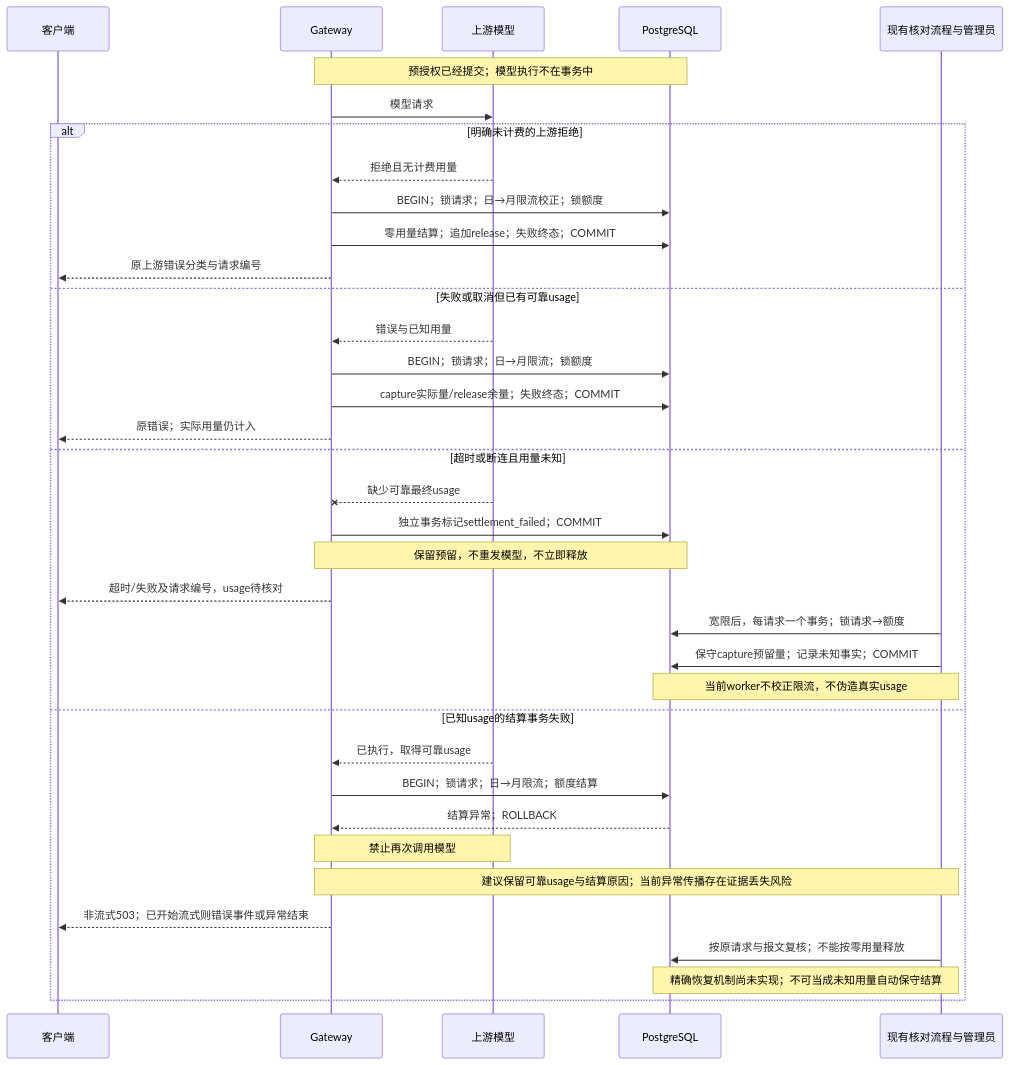
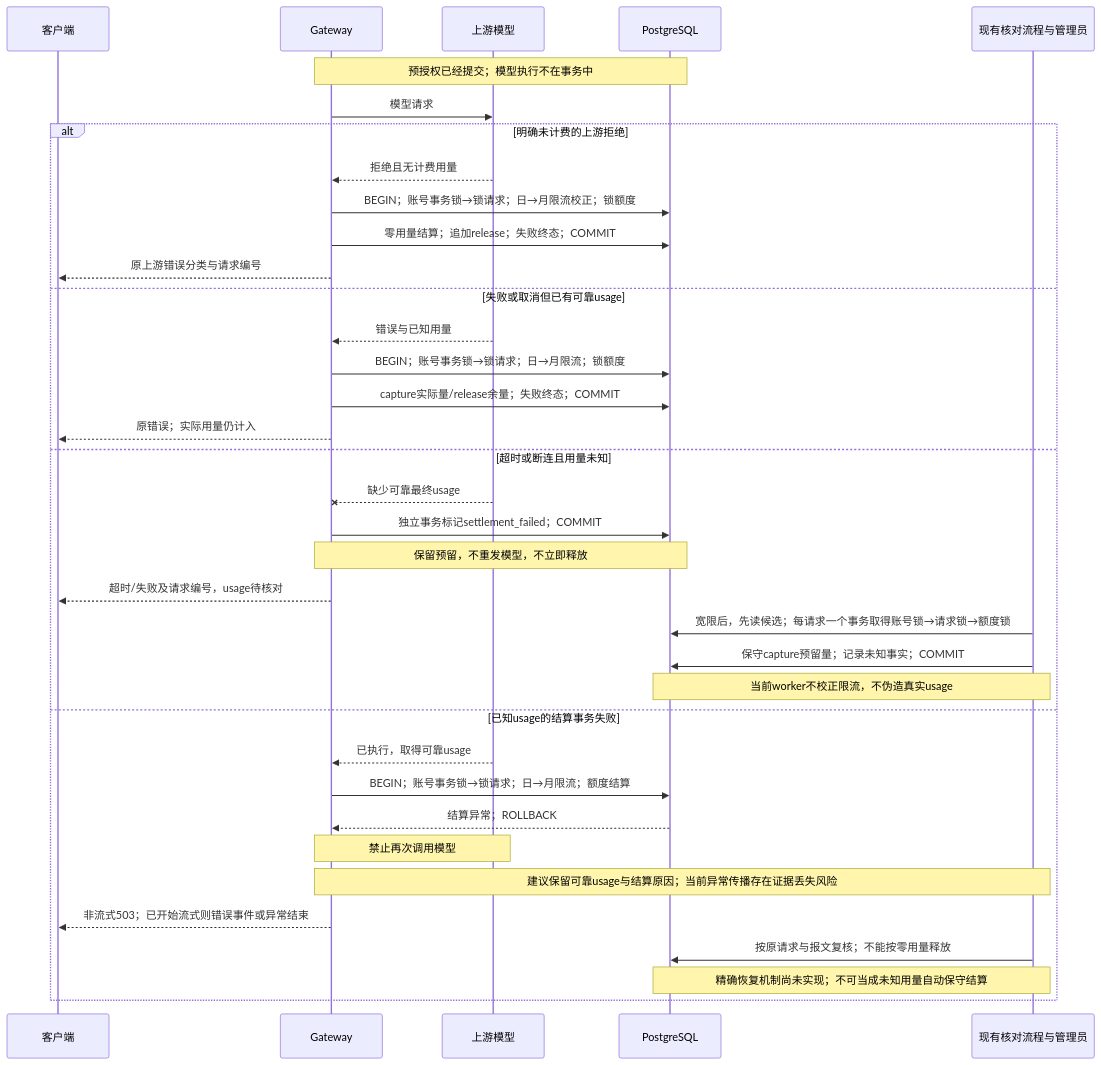
One commit to glide-the/dream-im-platform changed the third of 4 diagrams in docs/architecture/gateway-deadlock-analysis-and-design.md. Above: the diagram before and after it, drawn with Mermaid. The commit also changed other lines of this file and 15 other files, not shown here.

````diff
--- a/docs/architecture/gateway-deadlock-analysis-and-design.md
+++ b/docs/architecture/gateway-deadlock-analysis-and-design.md
@@ -263,38 +262,38 @@
 ```mermaid
 sequenceDiagram
     participant C as 客户端
     participant G as Gateway
     participant P as 上游模型
     participant DB as PostgreSQL
     participant O as 现有核对流程与管理员
     Note over G,DB: 预授权已经提交；模型执行不在事务中
     G->>P: 模型请求
     alt 明确未计费的上游拒绝
         P-->>G: 拒绝且无计费用量
-        G->>DB: BEGIN；锁请求；日→月限流校正；锁额度
+        G->>DB: BEGIN；账号事务锁→锁请求；日→月限流校正；锁额度
         G->>DB: 零用量结算；追加release；失败终态；COMMIT
         G-->>C: 原上游错误分类与请求编号
     else 失败或取消但已有可靠usage
         P-->>G: 错误与已知用量
-        G->>DB: BEGIN；锁请求；日→月限流；锁额度
+        G->>DB: BEGIN；账号事务锁→锁请求；日→月限流；锁额度
         G->>DB: capture实际量/release余量；失败终态；COMMIT
         G-->>C: 原错误；实际用量仍计入
     else 超时或断连且用量未知
         P--xG: 缺少可靠最终usage
         G->>DB: 独立事务标记settlement_failed；COMMIT
         Note over G,DB: 保留预留，不重发模型，不立即释放
         G-->>C: 超时/失败及请求编号，usage待核对
-        O->>DB: 宽限后，每请求一个事务；锁请求→额度
+        O->>DB: 宽限后，先读候选；每请求一个事务取得账号锁→请求锁→额度锁
         O->>DB: 保守capture预留量；记录未知事实；COMMIT
         Note over O,DB: 当前worker不校正限流，不伪造真实usage
     else 已知usage的结算事务失败
         P-->>G: 已执行，取得可靠usage
-        G->>DB: BEGIN；锁请求；日→月限流；额度结算
+        G->>DB: BEGIN；账号事务锁→锁请求；日→月限流；额度结算
         DB-->>G: 结算异常；ROLLBACK
         Note over G,P: 禁止再次调用模型
         Note over G,O: 建议保留可靠usage与结算原因；当前异常传播存在证据丢失风险
         G-->>C: 非流式503；已开始流式则错误事件或异常结束
         O->>DB: 按原请求与报文复核；不能按零用量释放
         Note over O,DB: 精确恢复机制尚未实现；不可当成未知用量自动保守结算
     end
 ```
````
